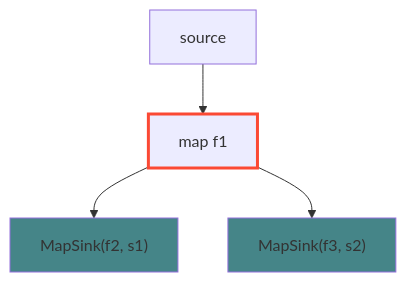
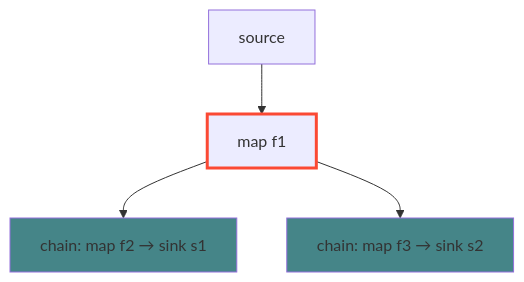
The fifth of 9 diagrams in docs/features/batch-processing.md (IsaacTay/akayu), drawn with Mermaid before and after one commit. The commit also changed other lines of this file and 19 other files, not shown here.

````diff
--- a/docs/features/batch-processing.md
+++ b/docs/features/batch-processing.md
@@ -201,10 +205,10 @@
 ```mermaid
 flowchart TD
     A[source] --> B[map f1]
-    B --> C["MapSink(f2, s1)"]
-    B --> D["MapSink(f3, s2)"]
+    B --> C["chain: map f2 → sink s1"]
+    B --> D["chain: map f3 → sink s2"]
 
     style B stroke:#fb4934,stroke-width:3px
     style C fill:#458588
     style D fill:#458588
 ```
````
